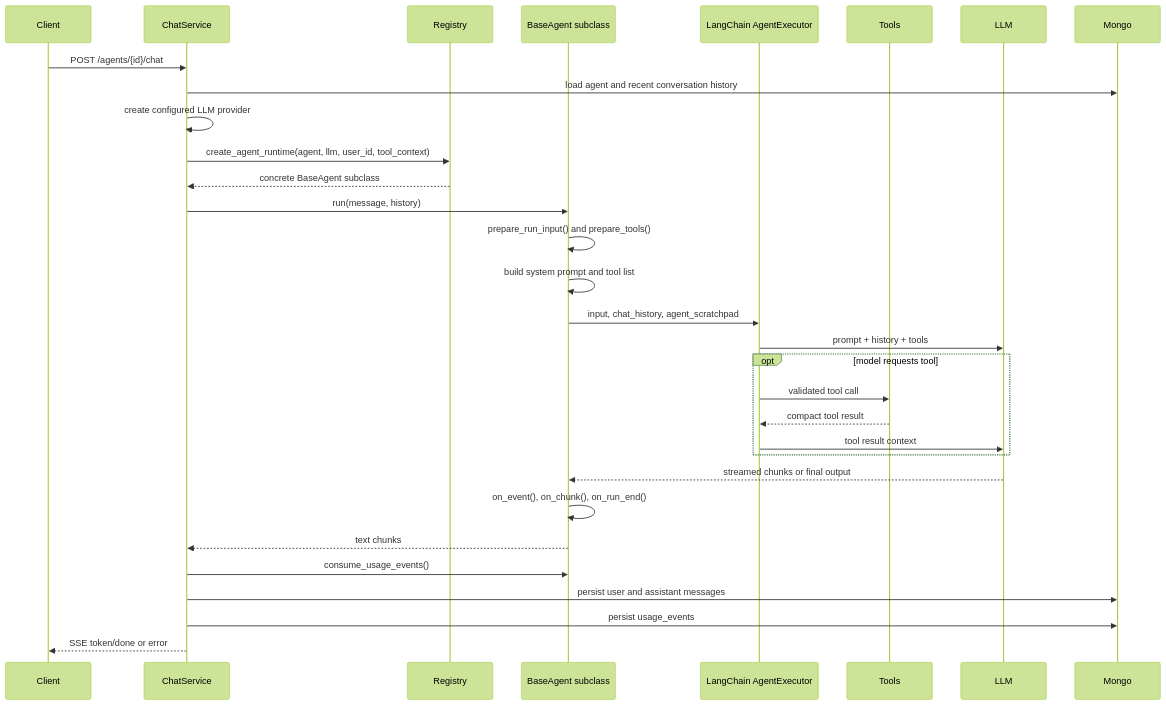
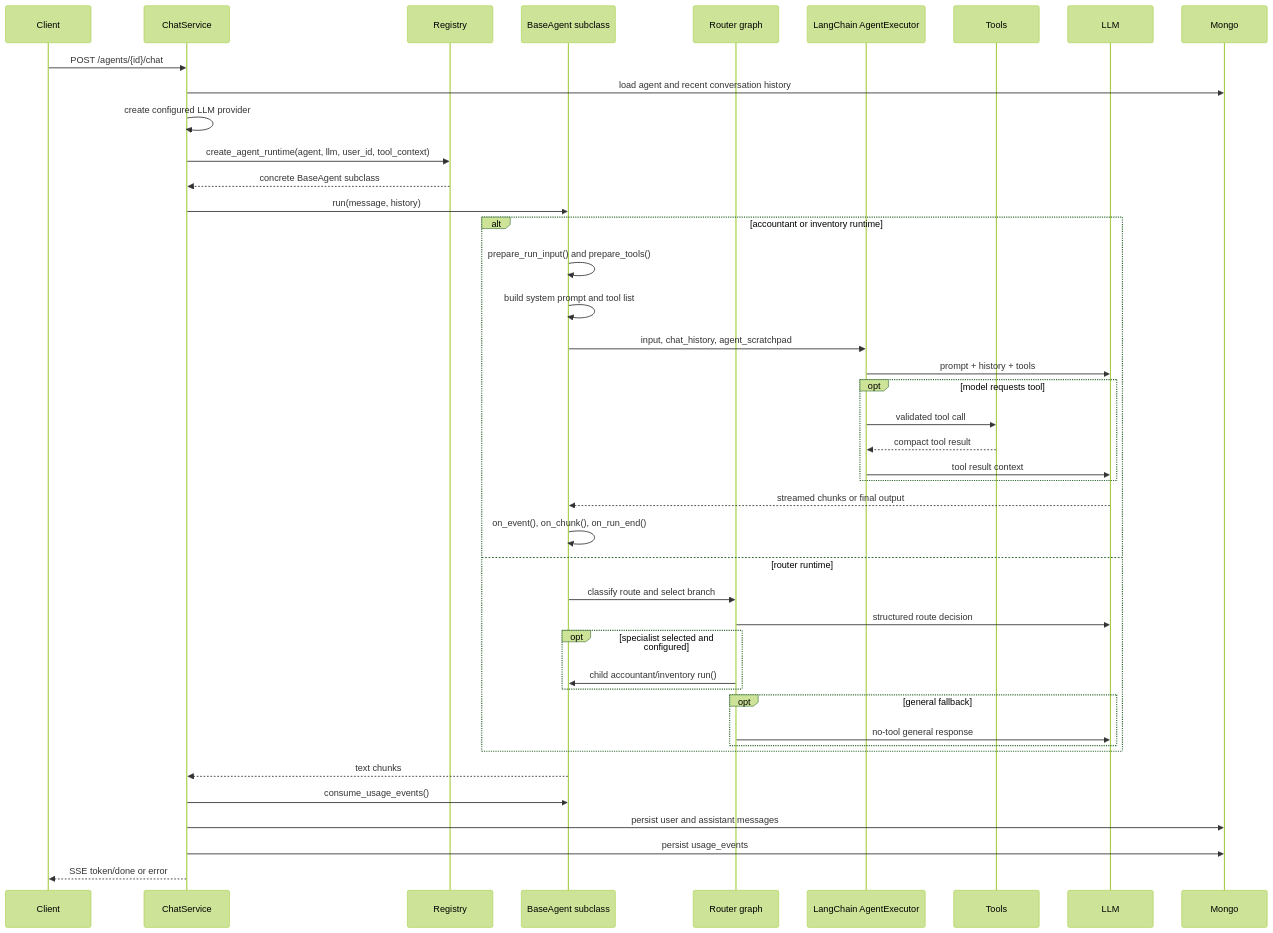
Before and after one commit to valiobar/agents: the first of 2 diagrams in docs/agents/base-agent.md, drawn with Mermaid (forest theme). The commit also changed other lines of this file and 251 other files, not shown here.

First line of the commit message:
Add Inventory and Router Agent documentation

````diff
--- a/docs/agents/base-agent.md
+++ b/docs/agents/base-agent.md
@@ -79,34 +84,46 @@
 ```mermaid
 sequenceDiagram
     participant Client
     participant Chat as ChatService
     participant Registry
     participant Runtime as BaseAgent subclass
+    participant Router as Router graph
     participant Executor as LangChain AgentExecutor
     participant Tools
     participant LLM
     participant Mongo
 
     Client->>Chat: POST /agents/{id}/chat
     Chat->>Mongo: load agent and recent conversation history
     Chat->>Chat: create configured LLM provider
     Chat->>Registry: create_agent_runtime(agent, llm, user_id, tool_context)
     Registry-->>Chat: concrete BaseAgent subclass
     Chat->>Runtime: run(message, history)
-    Runtime->>Runtime: prepare_run_input() and prepare_tools()
-    Runtime->>Runtime: build system prompt and tool list
-    Runtime->>Executor: input, chat_history, agent_scratchpad
-    Executor->>LLM: prompt + history + tools
-    opt model requests tool
-        Executor->>Tools: validated tool call
-        Tools-->>Executor: compact tool result
-        Executor->>LLM: tool result context
+    alt accountant or inventory runtime
+        Runtime->>Runtime: prepare_run_input() and prepare_tools()
+        Runtime->>Runtime: build system prompt and tool list
+        Runtime->>Executor: input, chat_history, agent_scratchpad
+        Executor->>LLM: prompt + history + tools
+        opt model requests tool
+            Executor->>Tools: validated tool call
+            Tools-->>Executor: compact tool result
+            Executor->>LLM: tool result context
+        end
+        LLM-->>Runtime: streamed chunks or final output
+        Runtime->>Runtime: on_event(), on_chunk(), on_run_end()
+    else router runtime
+        Runtime->>Router: classify route and select branch
+        Router->>LLM: structured route decision
+        opt specialist selected and configured
+            Router->>Runtime: child accountant/inventory run()
+        end
+        opt general fallback
+            Router->>LLM: no-tool general response
+        end
     end
-    LLM-->>Runtime: streamed chunks or final output
-    Runtime->>Runtime: on_event(), on_chunk(), on_run_end()
     Runtime-->>Chat: text chunks
     Chat->>Runtime: consume_usage_events()
     Chat->>Mongo: persist user and assistant messages
     Chat->>Mongo: persist usage_events
     Chat-->>Client: SSE token/done or error
 ```
````
